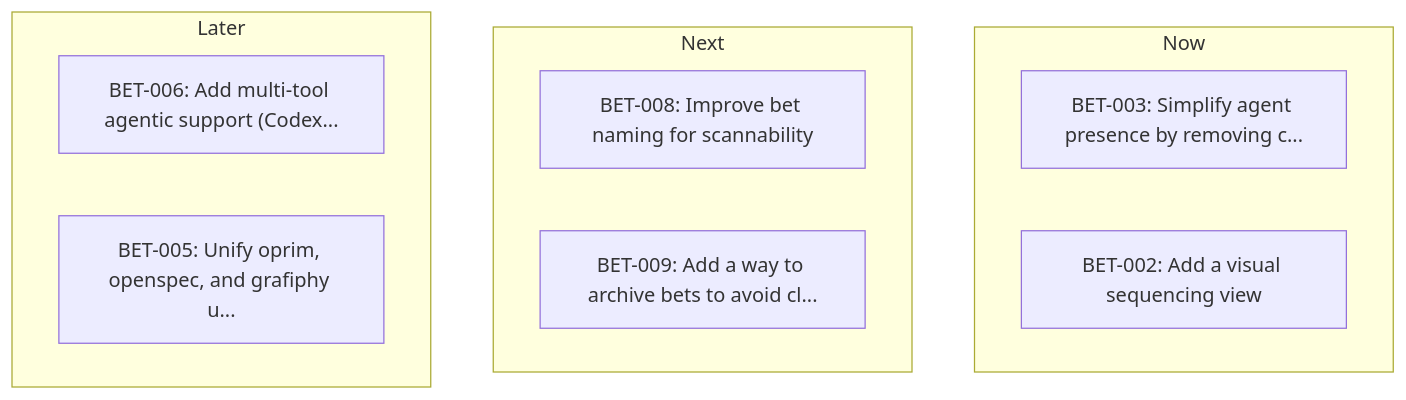
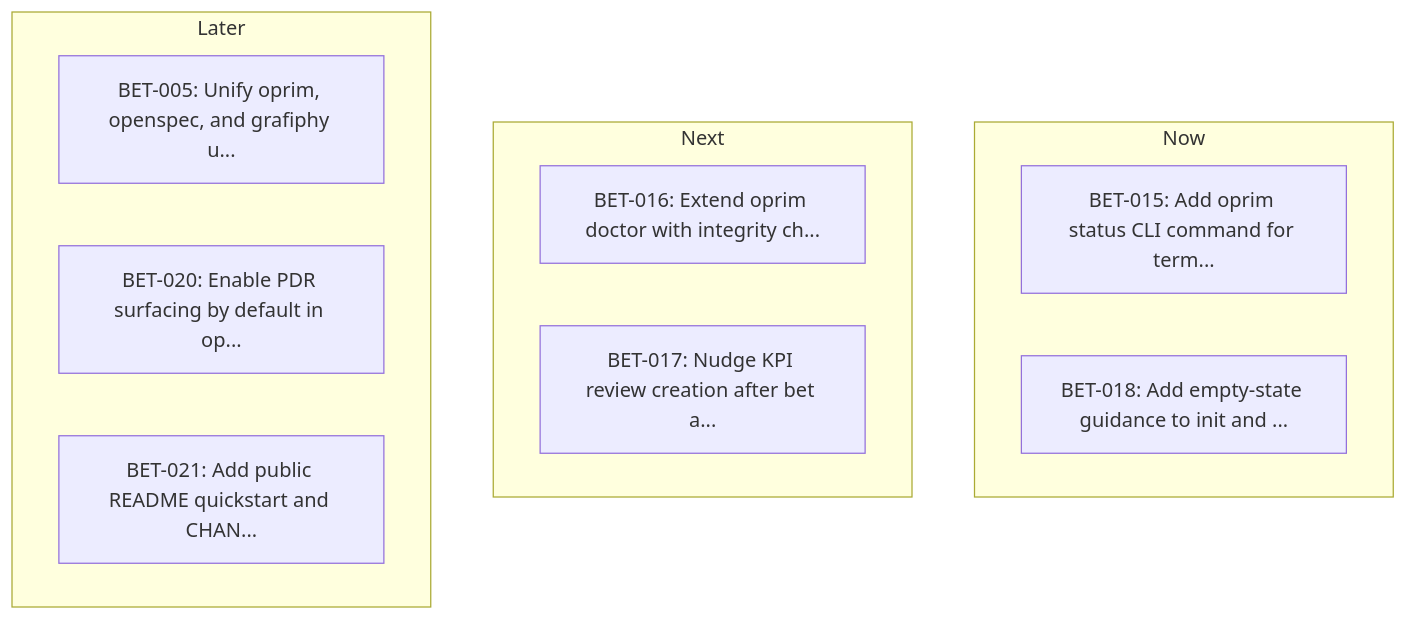
Before and after one commit to eshraw/open-product-primer: the diagram in oprim/sequence-view.md, drawn with Mermaid. The commit also changed other lines of this file and 9 other files, not shown here.

Commit message:
chore: add bets and sequencing in prevision of 1.0.0

````diff
--- a/oprim/sequence-view.md
+++ b/oprim/sequence-view.md
@@ -6,15 +6,16 @@
 ```mermaid
 graph TD
     subgraph Now
-        BET003["BET-003: Simplify agent presence by removing c..."]
-        BET002["BET-002: Add a visual sequencing view"]
+        BET015["BET-015: Add oprim status CLI command for term..."]
+        BET018["BET-018: Add empty-state guidance to init and ..."]
     end
     subgraph Next
-        BET008["BET-008: Improve bet naming for scannability"]
-        BET009["BET-009: Add a way to archive bets to avoid cl..."]
+        BET016["BET-016: Extend oprim doctor with integrity ch..."]
+        BET017["BET-017: Nudge KPI review creation after bet a..."]
     end
     subgraph Later
-        BET006["BET-006: Add multi-tool agentic support (Codex..."]
         BET005["BET-005: Unify oprim, openspec, and grafiphy u..."]
+        BET020["BET-020: Enable PDR surfacing by default in op..."]
+        BET021["BET-021: Add public README quickstart and CHAN..."]
     end
 ```
````
